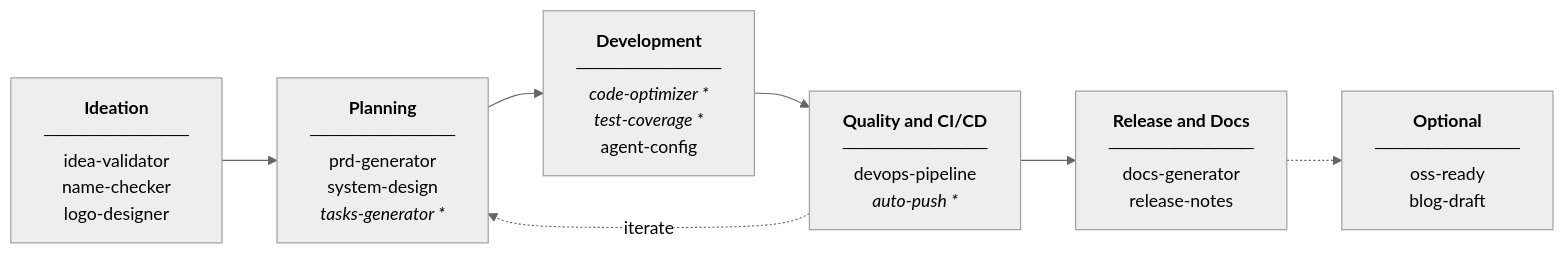
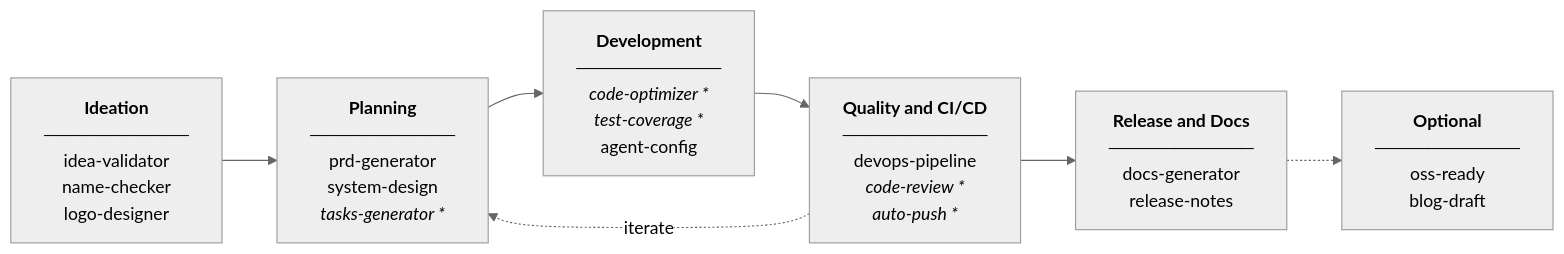
The diagram in README.md (luongnv89/skills), drawn with Mermaid (neutral theme) before and after one commit. The commit also changed other lines of this file, not shown here.

Commit message:
docs: add code-review skill to README

````diff
--- a/README.md
+++ b/README.md
@@ -37,16 +37,16 @@
 ```mermaid
 flowchart LR
     IDEATION["<b>Ideation</b><br/>───────────<br/>idea-validator<br/>name-checker<br/>logo-designer"]
     PLANNING["<b>Planning</b><br/>───────────<br/>prd-generator<br/>system-design<br/><i>tasks-generator *</i>"]
     DEVELOPMENT["<b>Development</b><br/>───────────<br/><i>code-optimizer *</i><br/><i>test-coverage *</i><br/>agent-config"]
-    QUALITY["<b>Quality and CI/CD</b><br/>───────────<br/>devops-pipeline<br/><i>auto-push *</i>"]
+    QUALITY["<b>Quality and CI/CD</b><br/>───────────<br/>devops-pipeline<br/><i>code-review *</i><br/><i>auto-push *</i>"]
     RELEASE["<b>Release and Docs</b><br/>───────────<br/>docs-generator<br/>release-notes"]
     OPTIONAL["<b>Optional</b><br/>───────────<br/>oss-ready<br/>blog-draft"]
 
     IDEATION --> PLANNING
     PLANNING --> DEVELOPMENT
     DEVELOPMENT --> QUALITY
     QUALITY --> RELEASE
     QUALITY -.->|iterate| PLANNING
     RELEASE -.-> OPTIONAL
 ```
````
